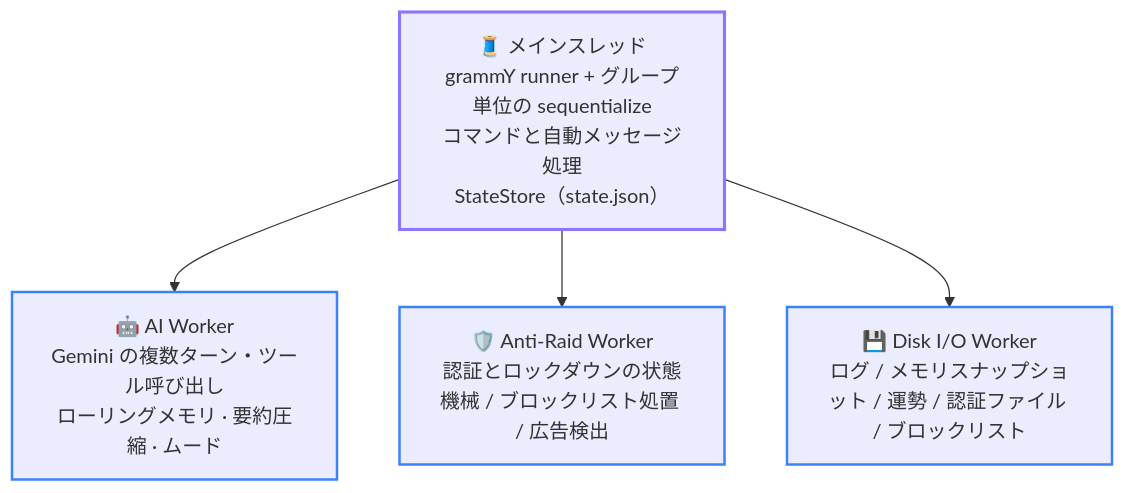
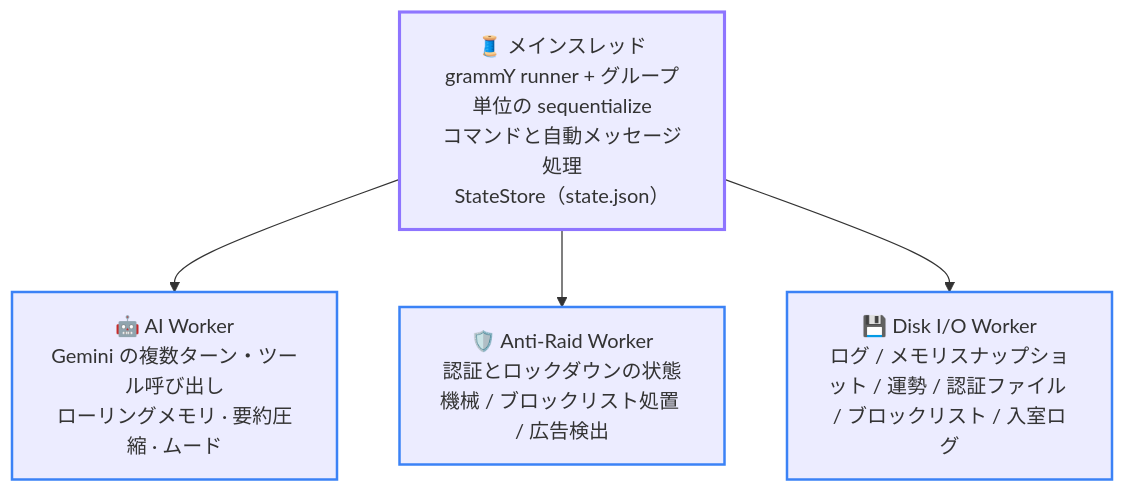
The first of 2 diagrams in docs/ja/02-architecture.md (Asashishi/copy_ninjia), drawn with Mermaid before and after one commit. The commit also changed other lines of this file and 158 other files, not shown here.

````diff
--- a/docs/ja/02-architecture.md
+++ b/docs/ja/02-architecture.md
@@ -17,14 +17,14 @@
 ```mermaid
 flowchart TD
     classDef main stroke:#8e75ff,stroke-width:2.5px;
     classDef worker stroke:#3b82f6,stroke-width:2px;
 
     MAIN["🧵 メインスレッド<br/>grammY runner + グループ単位の sequentialize<br/>コマンドと自動メッセージ処理<br/>StateStore（state.json）"]:::main
     AI["🤖 AI Worker<br/>Gemini の複数ターン・ツール呼び出し<br/>ローリングメモリ · 要約圧縮 · ムード"]:::worker
     RAID["🛡️ Anti-Raid Worker<br/>認証とロックダウンの状態機械 / ブロックリスト処置 / 広告検出"]:::worker
-    DISK["💾 Disk I/O Worker<br/>ログ / メモリスナップショット / 運勢 / 認証ファイル / ブロックリスト"]:::worker
+    DISK["💾 Disk I/O Worker<br/>ログ / メモリスナップショット / 運勢 / 認証ファイル / ブロックリスト / 入室ログ"]:::worker
 
     MAIN --> AI
     MAIN --> RAID
     MAIN --> DISK
 ```
````
